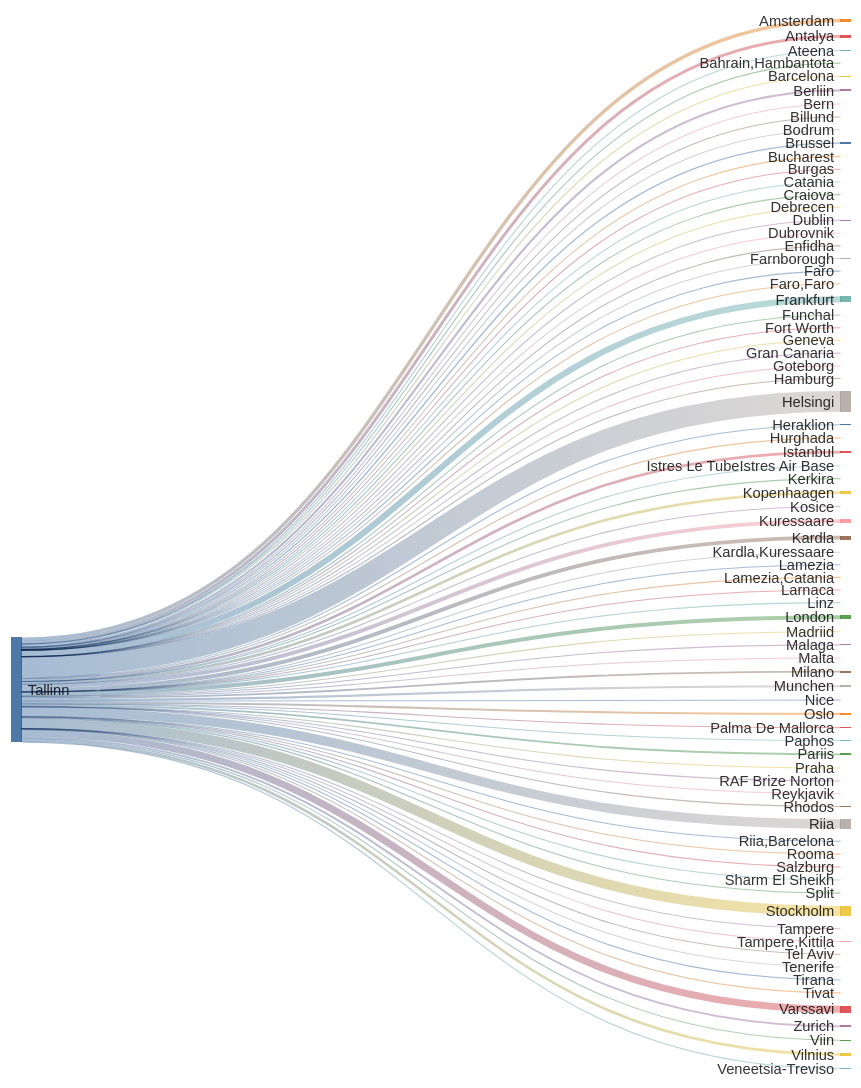
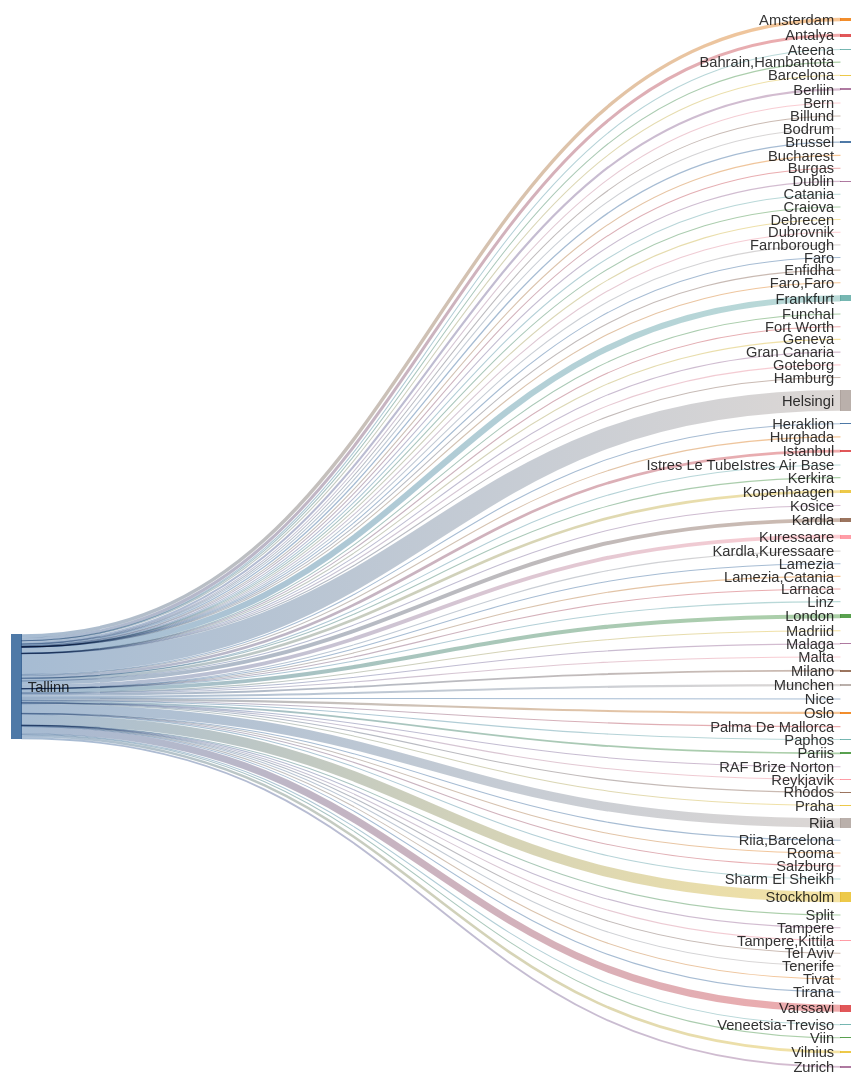
Before and after one commit to rainermesi/tll-airport-departures: the second of 2 diagrams in README.md, drawn with Mermaid. The commit also changed other lines of this file and 1 other file, not shown here.

````diff
--- a/README.md
+++ b/README.md
@@ -41,82 +41,82 @@
 ---
 sankey-beta
 %% source,target,value
-Tallinn,Amsterdam,509
-Tallinn,Antalya,453
+Tallinn,Amsterdam,511
+Tallinn,Antalya,454
 Tallinn,Ateena,16
 Tallinn,"Bahrain,Hambantota",1
 Tallinn,Barcelona,143
-Tallinn,Berliin,320
+Tallinn,Berliin,322
 Tallinn,Bern,1
 Tallinn,Billund,81
 Tallinn,Bodrum,11
-Tallinn,Brussel,196
+Tallinn,Brussel,197
 Tallinn,Bucharest,1
 Tallinn,Burgas,65
 Tallinn,Catania,2
 Tallinn,Craiova,1
 Tallinn,Debrecen,1
-Tallinn,Dublin,98
+Tallinn,Dublin,99
 Tallinn,Dubrovnik,21
 Tallinn,Enfidha,7
 Tallinn,Farnborough,1
 Tallinn,Faro,4
 Tallinn,"Faro,Faro",1
 Tallinn,Fort Worth,1
-Tallinn,Frankfurt,916
+Tallinn,Frankfurt,919
 Tallinn,Funchal,5
 Tallinn,Geneva,13
 Tallinn,Gran Canaria,38
 Tallinn,Goteborg,2
 Tallinn,Hamburg,2
-Tallinn,Helsingi,3087
-Tallinn,Heraklion,107
+Tallinn,Helsingi,3095
+Tallinn,Heraklion,108
 Tallinn,Hurghada,75
-Tallinn,Istanbul,400
+Tallinn,Istanbul,401
 Tallinn,Istres Le TubeIstres Air Base,2
 Tallinn,Kerkira,4
-Tallinn,Kopenhaagen,399
+Tallinn,Kopenhaagen,402
 Tallinn,Kosice,1
-Tallinn,Kuressaare,583
-Tallinn,Kardla,585
+Tallinn,Kuressaare,584
+Tallinn,Kardla,586
 Tallinn,"Kardla,Kuressaare",1
 Tallinn,Lamezia,1
 Tallinn,"Lamezia,Catania",3
 Tallinn,Larnaca,4
 Tallinn,Linz,2
-Tallinn,London,598
+Tallinn,London,600
 Tallinn,Madriid,4
 Tallinn,Malaga,125
 Tallinn,Malta,31
-Tallinn,Milano,275
-Tallinn,Munchen,317
-Tallinn,Nice,55
-Tallinn,Oslo,310
+Tallinn,Milano,276
+Tallinn,Munchen,319
+Tallinn,Nice,56
+Tallinn,Oslo,312
 Tallinn,Palma De Mallorca,35
 Tallinn,Paphos,66
-Tallinn,Pariis,270
-Tallinn,Praha,90
+Tallinn,Pariis,271
+Tallinn,Praha,91
 Tallinn,RAF Brize Norton,1
 Tallinn,Reykjavik,20
 Tallinn,Rhodos,63
-Tallinn,Riia,1387
+Tallinn,Riia,1391
 Tallinn,"Riia,Barcelona",1
 Tallinn,Rooma,80
 Tallinn,Salzburg,14
 Tallinn,Sharm El Sheikh,104
-Tallinn,Split,56
-Tallinn,Stockholm,1524
+Tallinn,Split,57
+Tallinn,Stockholm,1530
 Tallinn,Tampere,17
 Tallinn,"Tampere,Kittila",21
 Tallinn,Tel Aviv,2
 Tallinn,Tenerife,58
 Tallinn,Tirana,37
-Tallinn,Tivat,71
-Tallinn,Varssavi,1063
+Tallinn,Tivat,72
+Tallinn,Varssavi,1067
 Tallinn,Veneetsia-Treviso,67
 Tallinn,Viin,106
-Tallinn,Vilnius,385
-Tallinn,Zurich,275
+Tallinn,Vilnius,386
+Tallinn,Zurich,276
 
 
 ```
````
